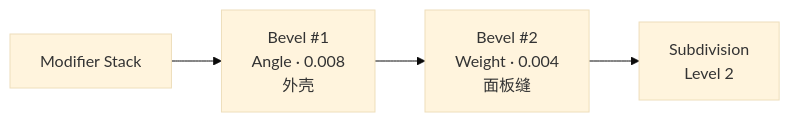
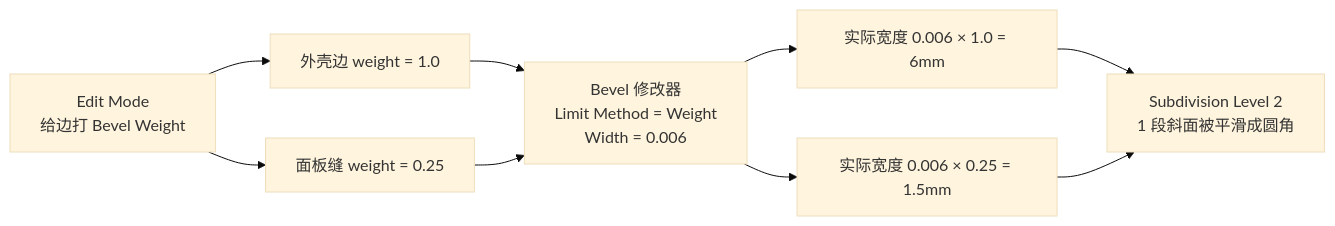
One commit to liuchamp/blenderdsv1 changed the sixth of 8 diagrams in Blender笔记/00-基础/08-实战练习集.md. Above: the diagram before and after it, drawn with Mermaid (base theme). The commit also changed other lines of this file and 16 other files, not shown here.

````diff
--- a/Blender笔记/00-基础/08-实战练习集.md
+++ b/Blender笔记/00-基础/08-实战练习集.md
@@ -112,7 +258,10 @@
 ```mermaid
 flowchart LR
-    M["Modifier Stack"]
-    M --> M1["Bevel #1<br/>Angle · 0.008<br/>外壳"]
-    M1 --> M2["Bevel #2<br/>Weight · 0.004<br/>面板缝"]
-    M2 --> M3["Subdivision<br/>Level 2"]
+    W["Edit Mode<br/>给边打 Bevel Weight"]
+    W --> A["外壳边 weight = 1.0"]
+    W --> B["面板缝 weight = 0.25"]
+    A & B --> M["Bevel 修改器<br/>Limit Method = Weight<br/>Width = 0.006"]
+    M --> A2["实际宽度 0.006 × 1.0 = 6mm"]
+    M --> B2["实际宽度 0.006 × 0.25 = 1.5mm"]
+    A2 & B2 --> S["Subdivision Level 2<br/>1 段斜面被平滑成圆角"]
 ```
````
